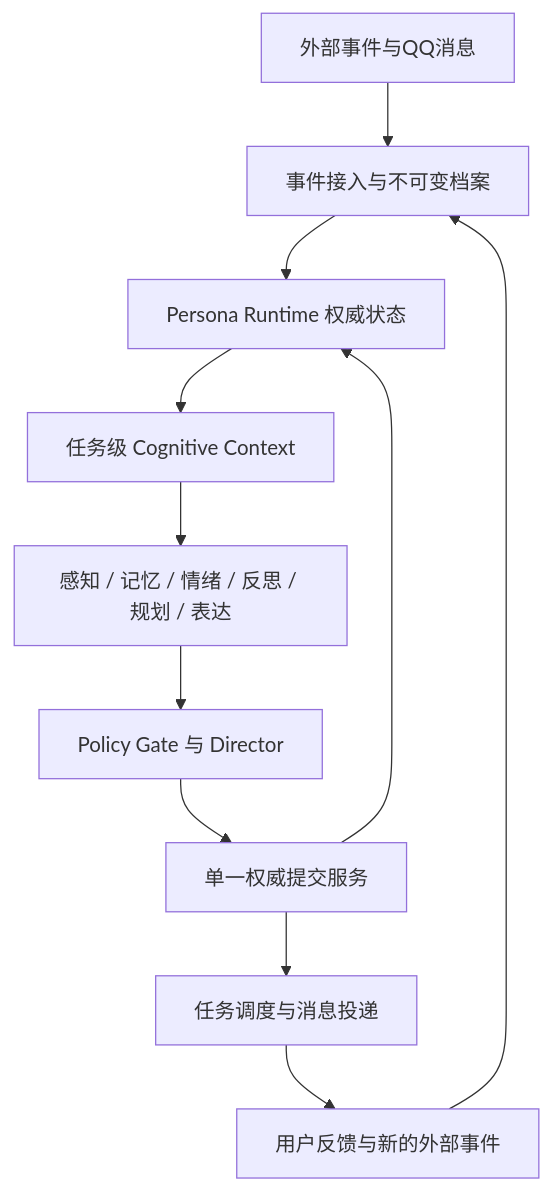
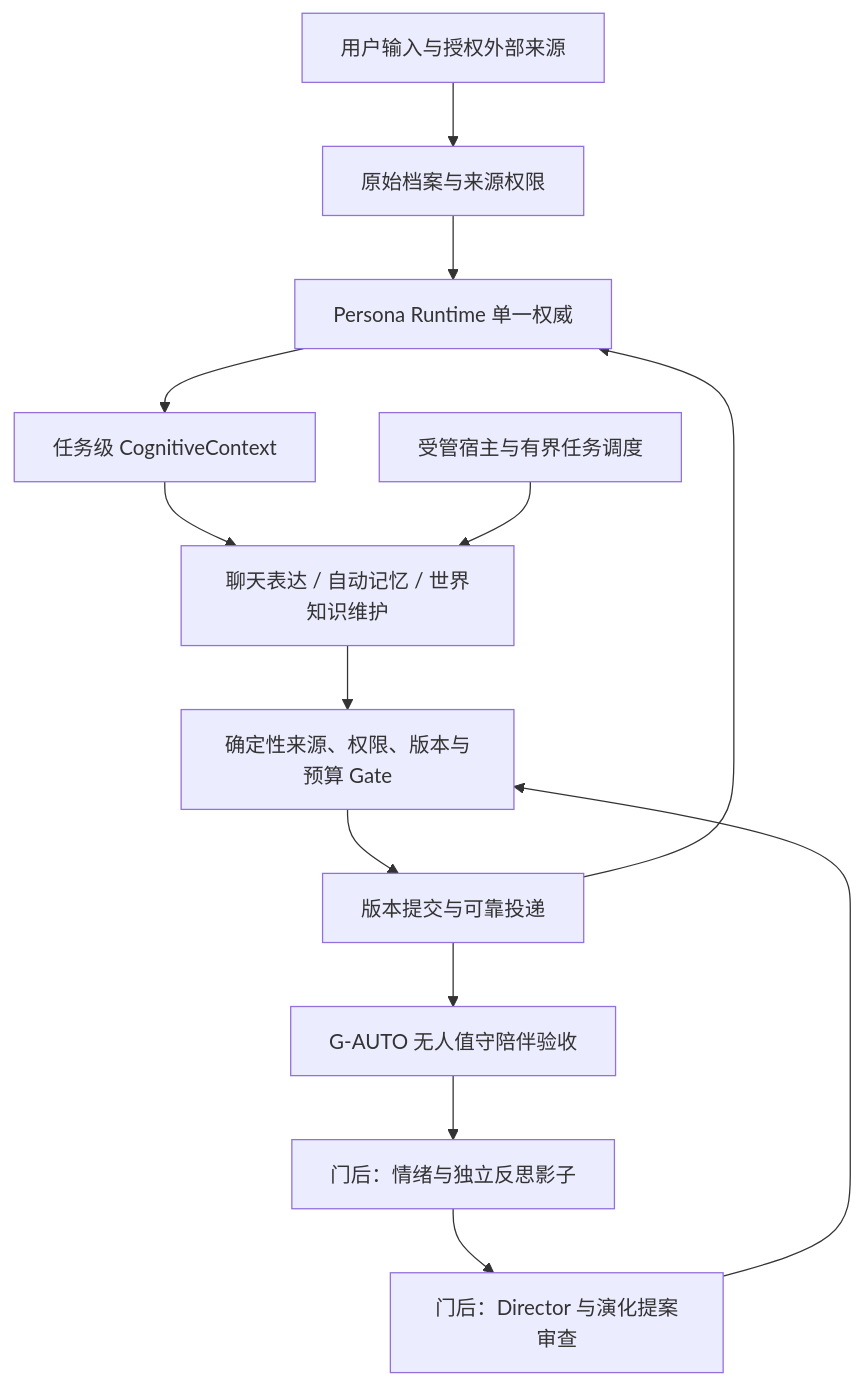
One commit to FoxofCAUC/Persona-Centric-Agent-Runtime changed the first of 4 diagrams in docs/pcar_project_plan_zh.md. Above: the diagram before and after it, drawn with Mermaid. The commit also changed other lines of this file and 27 other files, not shown here.

````diff
--- a/docs/pcar_project_plan_zh.md
+++ b/docs/pcar_project_plan_zh.md
@@ -84,13 +93,15 @@
 ```mermaid
 flowchart TD
-    A[外部事件与QQ消息] --> B[事件接入与不可变档案]
-    B --> C[Persona Runtime 权威状态]
-    C --> D[任务级 Cognitive Context]
-    D --> E[感知 / 记忆 / 情绪 / 反思 / 规划 / 表达]
-    E --> F[Policy Gate 与 Director]
-    F --> G[单一权威提交服务]
+    A[用户输入与授权外部来源] --> B[原始档案与来源权限]
+    B --> C[Persona Runtime 单一权威]
+    C --> D[任务级 CognitiveContext]
+    D --> E[聊天表达 / 自动记忆 / 世界知识维护]
+    E --> F[确定性来源、权限、版本与预算 Gate]
+    F --> G[版本提交与可靠投递]
     G --> C
-    G --> H[任务调度与消息投递]
-    H --> I[用户反馈与新的外部事件]
-    I --> B
+    H[受管宿主与有界任务调度] --> E
+    G --> I[G-AUTO 无人值守陪伴验收]
+    I --> J[门后：情绪与独立反思影子]
+    J --> K[门后：Director 与演化提案审查]
+    K --> F
 ```
````
